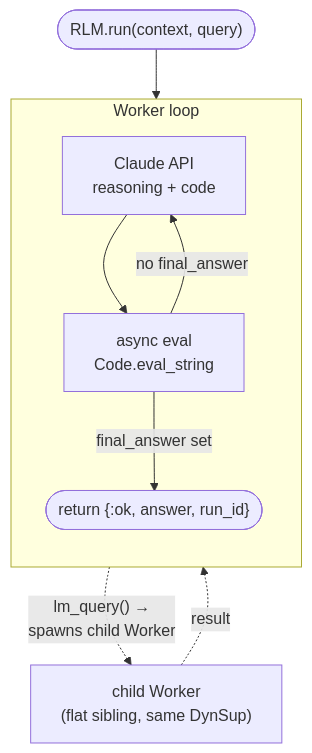
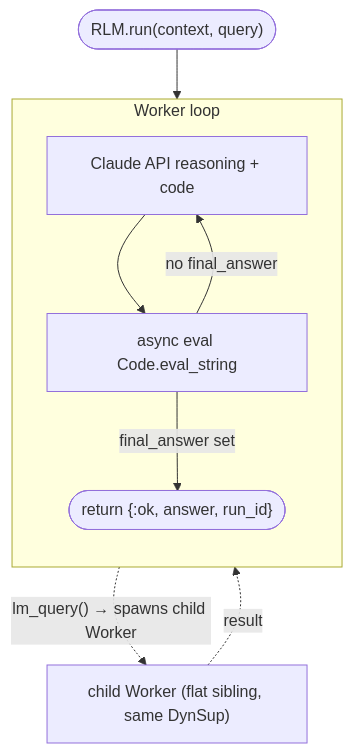
Before and after one commit to errantsky/exrlm: the first of 2 diagrams in README.md, drawn with Mermaid.

Commit message:
Fix formatting in README.md for clarity

````diff
--- a/README.md
+++ b/README.md
@@ -33,14 +33,14 @@
 ```mermaid
 flowchart TD
     A(["RLM.run(context, query)"]) --> W
 
     subgraph W["Worker loop"]
         direction TB
-        LLM["Claude API\nreasoning + code"] --> EVAL
-        EVAL["async eval\nCode.eval_string"] -- "final_answer set" --> OUT(["return {:ok, answer, run_id}"])
+        LLM["Claude API reasoning + code"] --> EVAL
+        EVAL["async eval Code.eval_string"] -- "final_answer set" --> OUT(["return {:ok, answer, run_id}"])
         EVAL -- "no final_answer" --> LLM
     end
 
-    EVAL -. "lm_query() →\nspawns child Worker" .-> CHILD["child Worker\n(flat sibling, same DynSup)"]
+    EVAL -. "lm_query() → spawns child Worker" .-> CHILD["child Worker (flat sibling, same DynSup)"]
     CHILD -. "result" .-> EVAL
 ```
````
